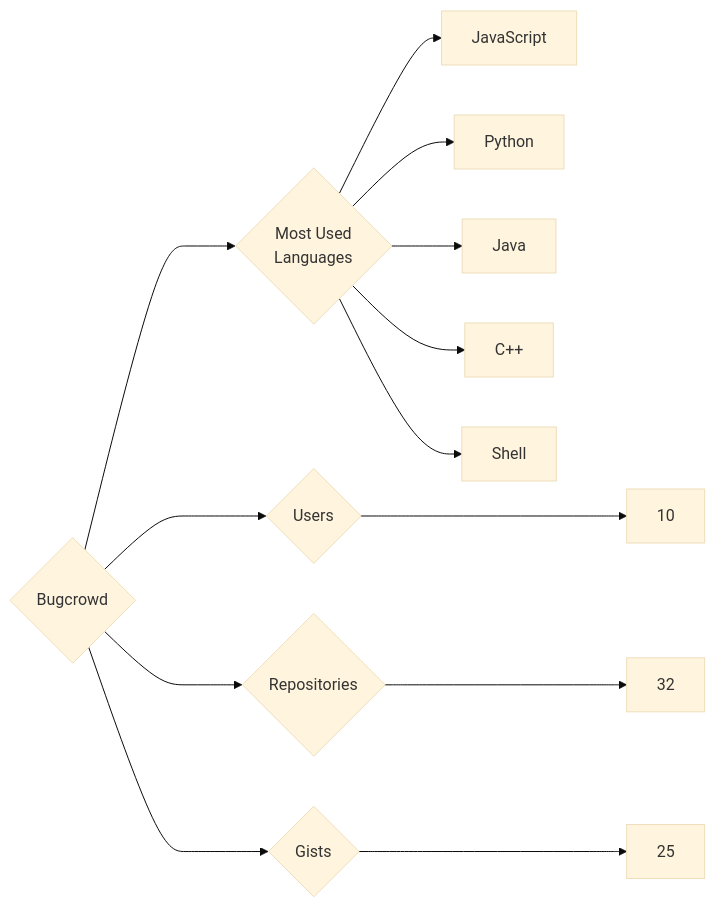
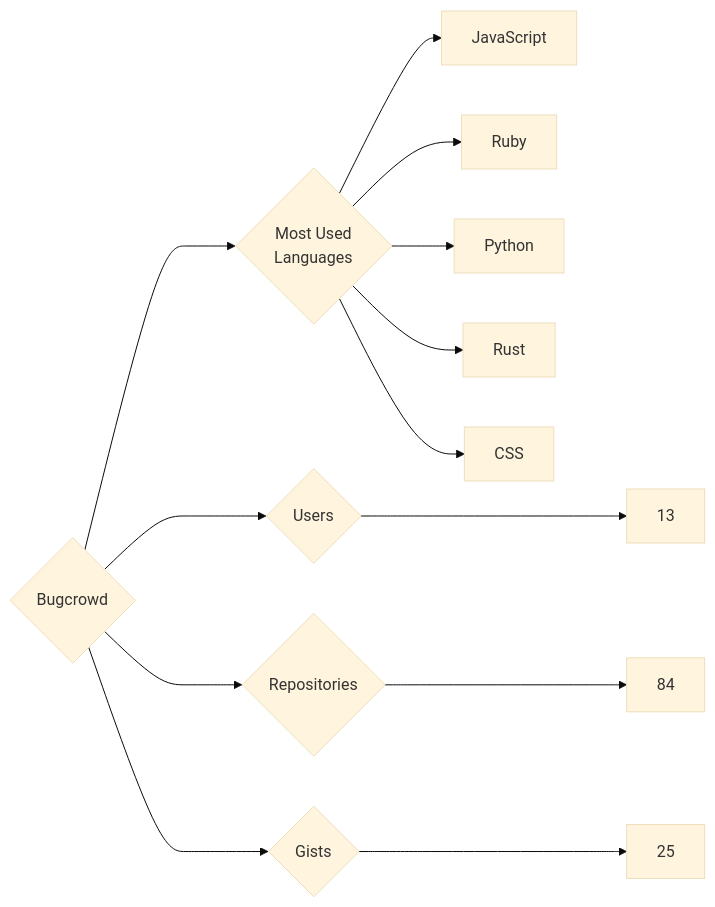
One commit to trickest/insiders changed the diagram in targets/Bugcrowd/README.md. Above: the diagram before and after it, drawn with Mermaid (base theme). The commit also changed 912 other files, not shown here.

````diff
--- a/targets/Bugcrowd/README.md
+++ b/targets/Bugcrowd/README.md
@@ -3,13 +3,13 @@
 ```mermaid
 graph LR
 COMPANY_NAME{Bugcrowd}
-COMPANY_NAME ---> U{Users} ---> UN[10]
-COMPANY_NAME ---> R{Repositories} ---> RN[32]
+COMPANY_NAME ---> U{Users} ---> UN[13]
+COMPANY_NAME ---> R{Repositories} ---> RN[84]
 COMPANY_NAME ---> G{Gists} ---> GN[25]
 COMPANY_NAME ---> ML{Most Used<br>Languages}
 ML --> JavaScript[JavaScript]
+ML --> Ruby[Ruby]
 ML --> Python[Python]
-ML --> Java[Java]
-ML --> C++[C++]
-ML --> Shell[Shell]
+ML --> Rust[Rust]
+ML --> CSS[CSS]
 ```
````
